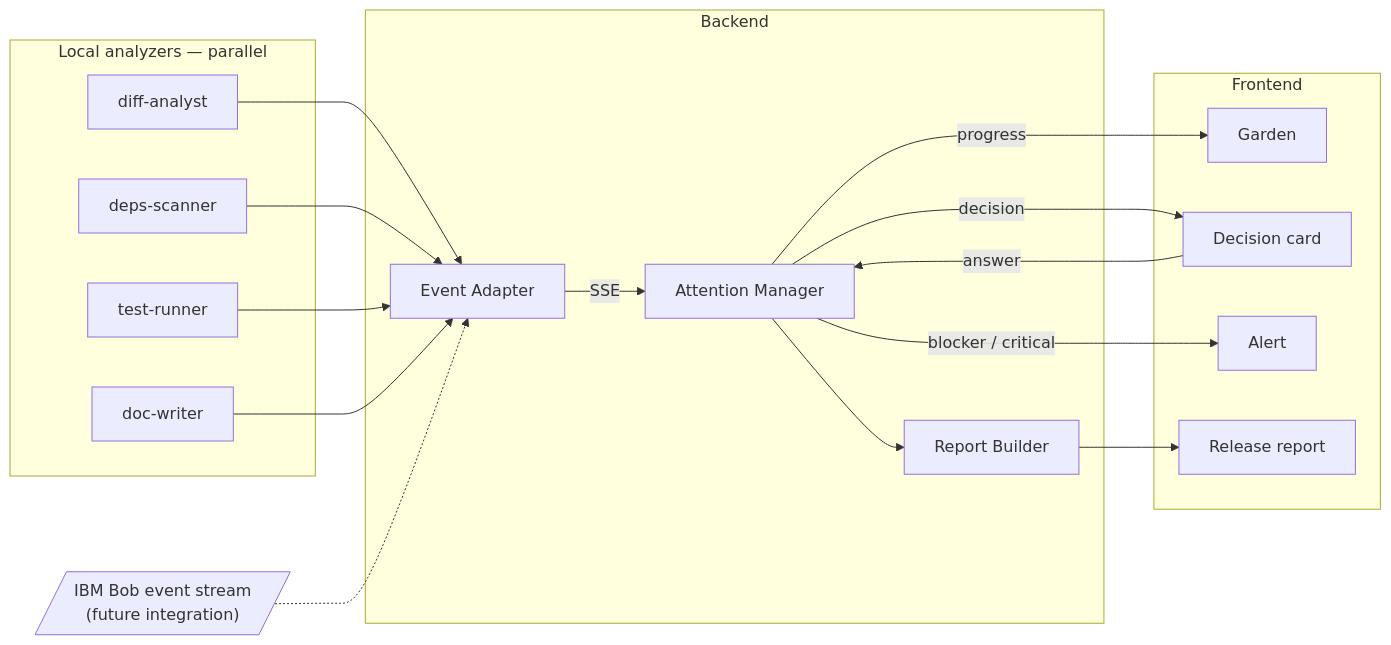
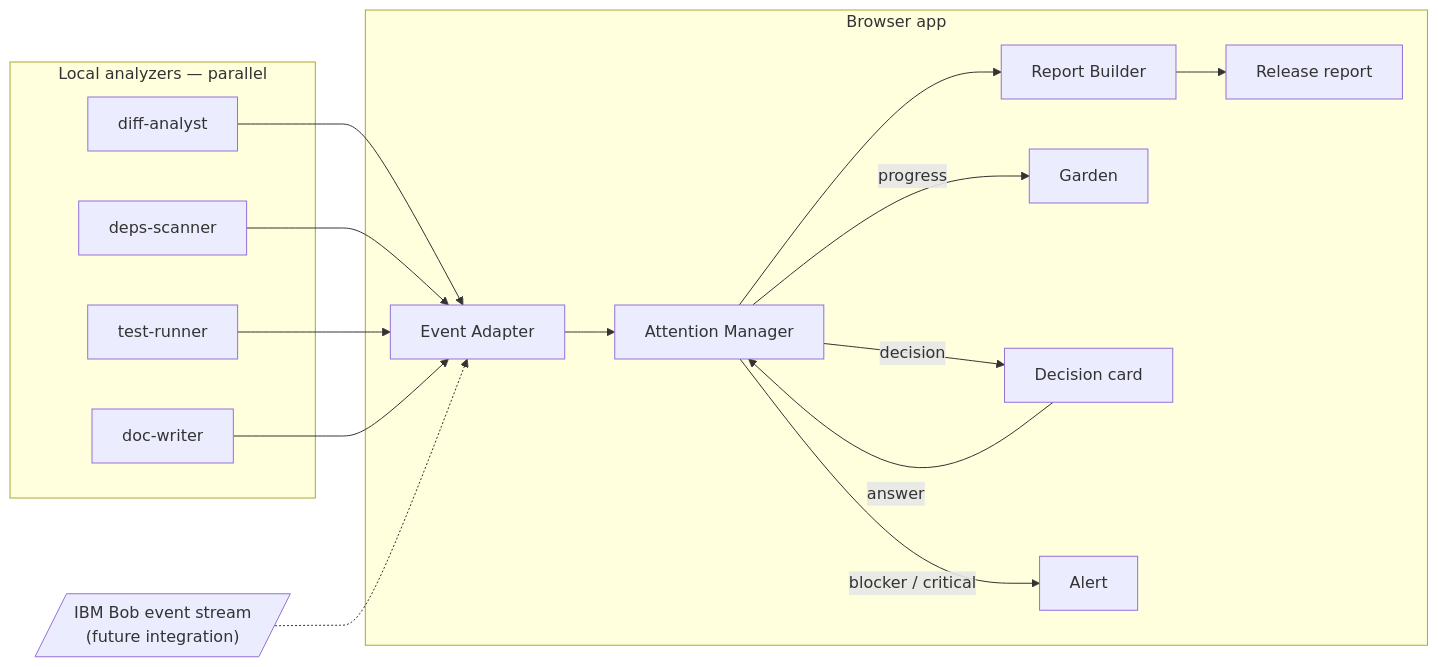
One commit to TonyINSY6629/Project_for_IBM_Hackathon_Bob_in_Action changed the fourth of 9 diagrams in README.md. Above: the diagram before and after it, drawn with Mermaid. The commit also changed other lines of this file and 31 other files, not shown here.

First line of the commit message:
chore: remove legacy web/ + server/ stack

````diff
--- a/README.md
+++ b/README.md
@@ -171,34 +170,31 @@
 ```mermaid
 flowchart LR
   subgraph Analyzers["Local analyzers — parallel"]
     A1[diff-analyst]
     A2[deps-scanner]
     A3[test-runner]
     A4[doc-writer]
   end
 
   BOB[/"IBM Bob event stream<br/>(future integration)"/]
 
-  subgraph Server["Backend"]
+  subgraph App["Browser app"]
     EA[Event Adapter]
     AM[Attention Manager]
     RB[Report Builder]
-  end
-
-  subgraph Web["Frontend"]
     G[Garden]
     D[Decision card]
     AL[Alert]
     R[Release report]
   end
 
   A1 & A2 & A3 & A4 --> EA
   BOB -.-> EA
-  EA -->|SSE| AM
+  EA --> AM
   AM -->|progress| G
   AM -->|decision| D
   AM -->|blocker / critical| AL
   AM --> RB
   RB --> R
   D -->|answer| AM
 ```
````
